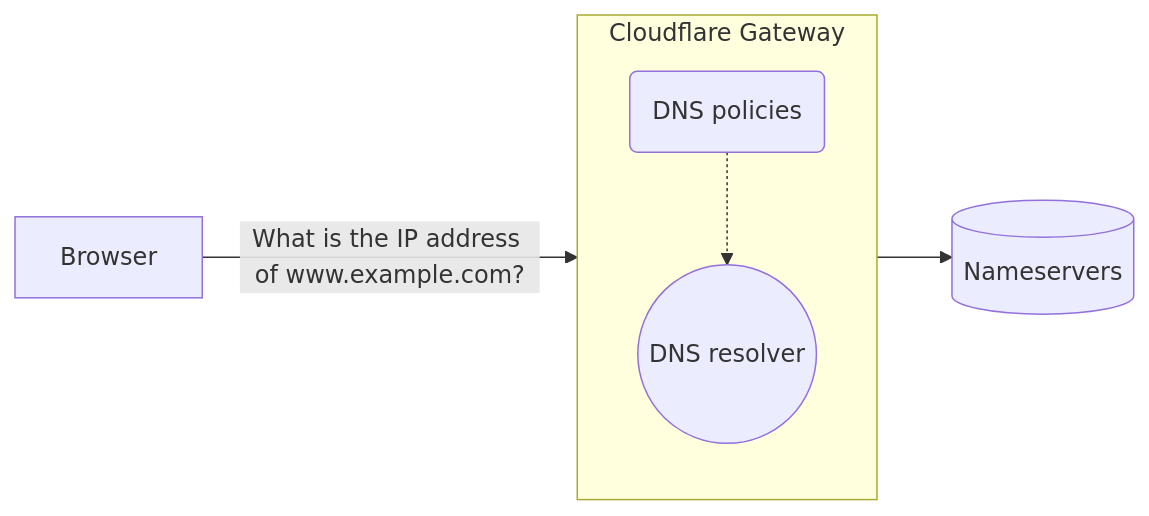
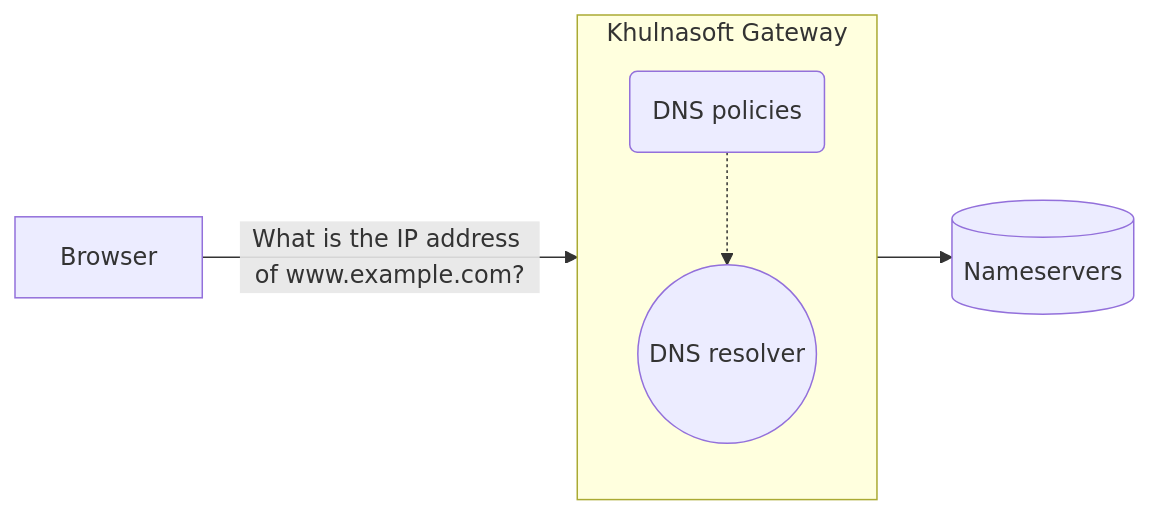
Before and after one commit to NxPKG/khulnasoft-docs: the first of 2 diagrams in content/learning-paths/dns-filtering/concepts/what-is-dns-filtering.md, drawn with Mermaid. The commit also changed other lines of this file and 2914 other files, not shown here.

````diff
--- a/content/learning-paths/dns-filtering/concepts/what-is-dns-filtering.md
+++ b/content/learning-paths/dns-filtering/concepts/what-is-dns-filtering.md
@@ -22,11 +22,11 @@
 ```mermaid
 flowchart LR
 accTitle: DNS filtering
 A[Browser] --  What is the IP address of www.example.com? --> B
 
-subgraph ide1 [Cloudflare Gateway]
+subgraph ide1 [Khulnasoft Gateway]
     direction TB
     B(DNS policies)-.->C((DNS resolver))
 end
 C --> D[(Nameservers)]
 ```
````
